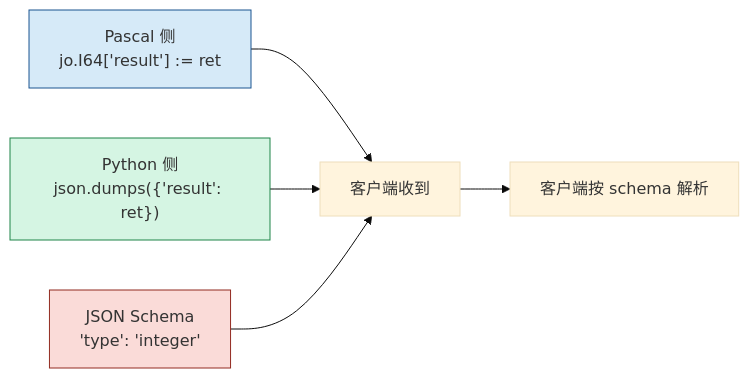
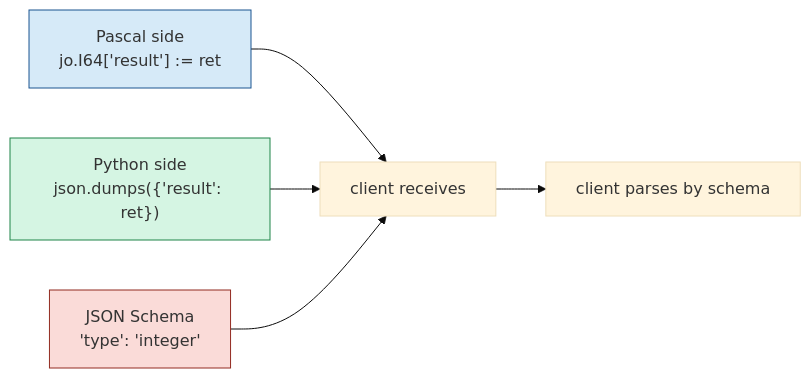
One commit to PassByYou888/LingoFuse-Tools changed the eighth of 13 diagrams in src/pascal_c_to_mcp/MCP_API_Contract.md. Above: the diagram before and after it, drawn with Mermaid (base theme). The commit also changed other lines of this file, not shown here.

````diff
--- a/src/pascal_c_to_mcp/MCP_API_Contract.md
+++ b/src/pascal_c_to_mcp/MCP_API_Contract.md
@@ -859,11 +859,11 @@
 ```mermaid
 flowchart LR
-    A["Pascal 侧<br/>jo.I64['result'] := ret"] --> D["客户端收到"]
-    B["Python 侧<br/>json.dumps({'result': ret})"] --> D
+    A["Pascal side<br/>jo.I64['result'] := ret"] --> D["client receives"]
+    B["Python side<br/>json.dumps({'result': ret})"] --> D
     C["JSON Schema<br/>'type': 'integer'"] --> D
-    D --> E["客户端按 schema 解析"]
+    D --> E["client parses by schema"]
 
     style A fill:#D6EAF8,stroke:#1A5490
     style B fill:#D5F5E3,stroke:#1E8449
     style C fill:#FADBD8,stroke:#922B21
 ```
````
